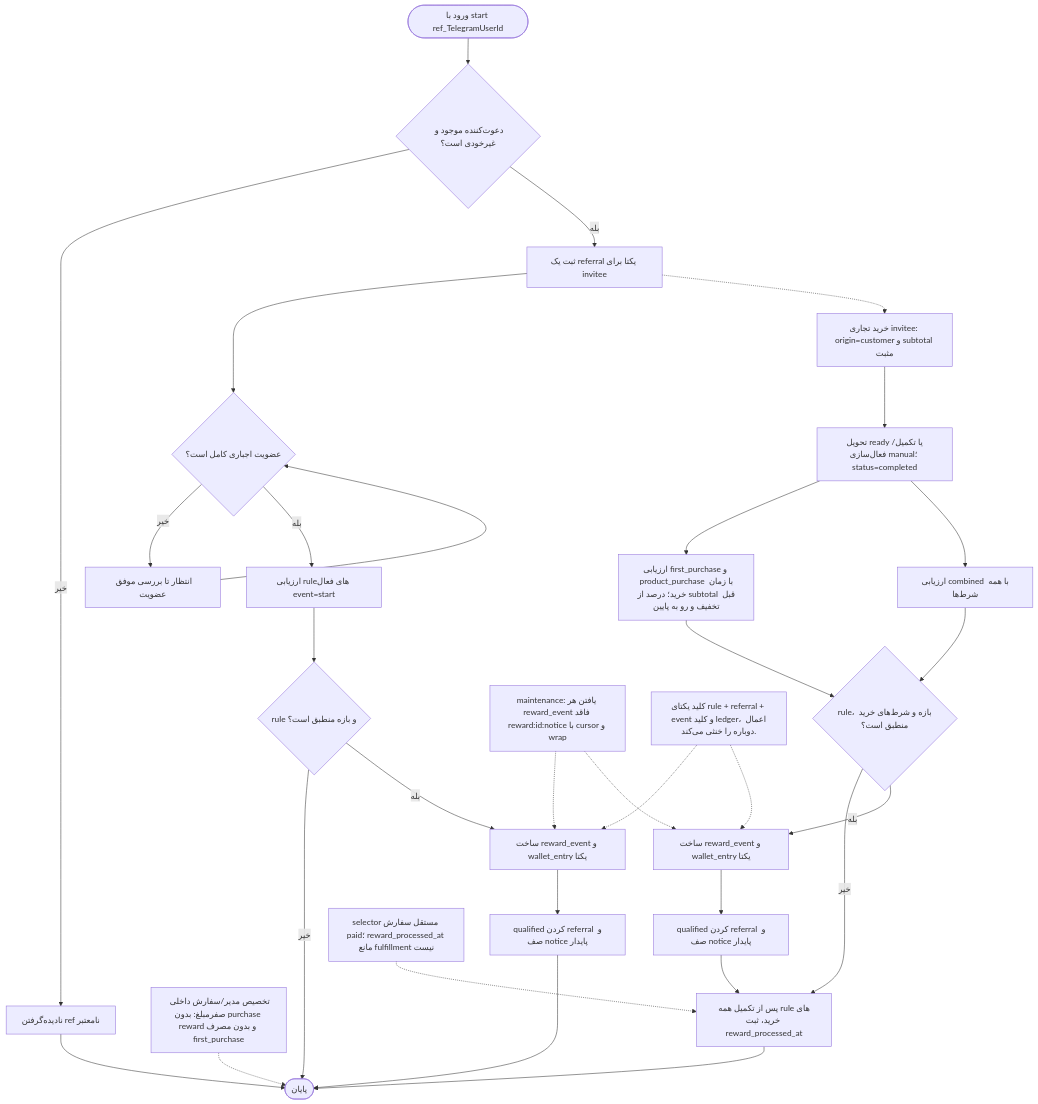
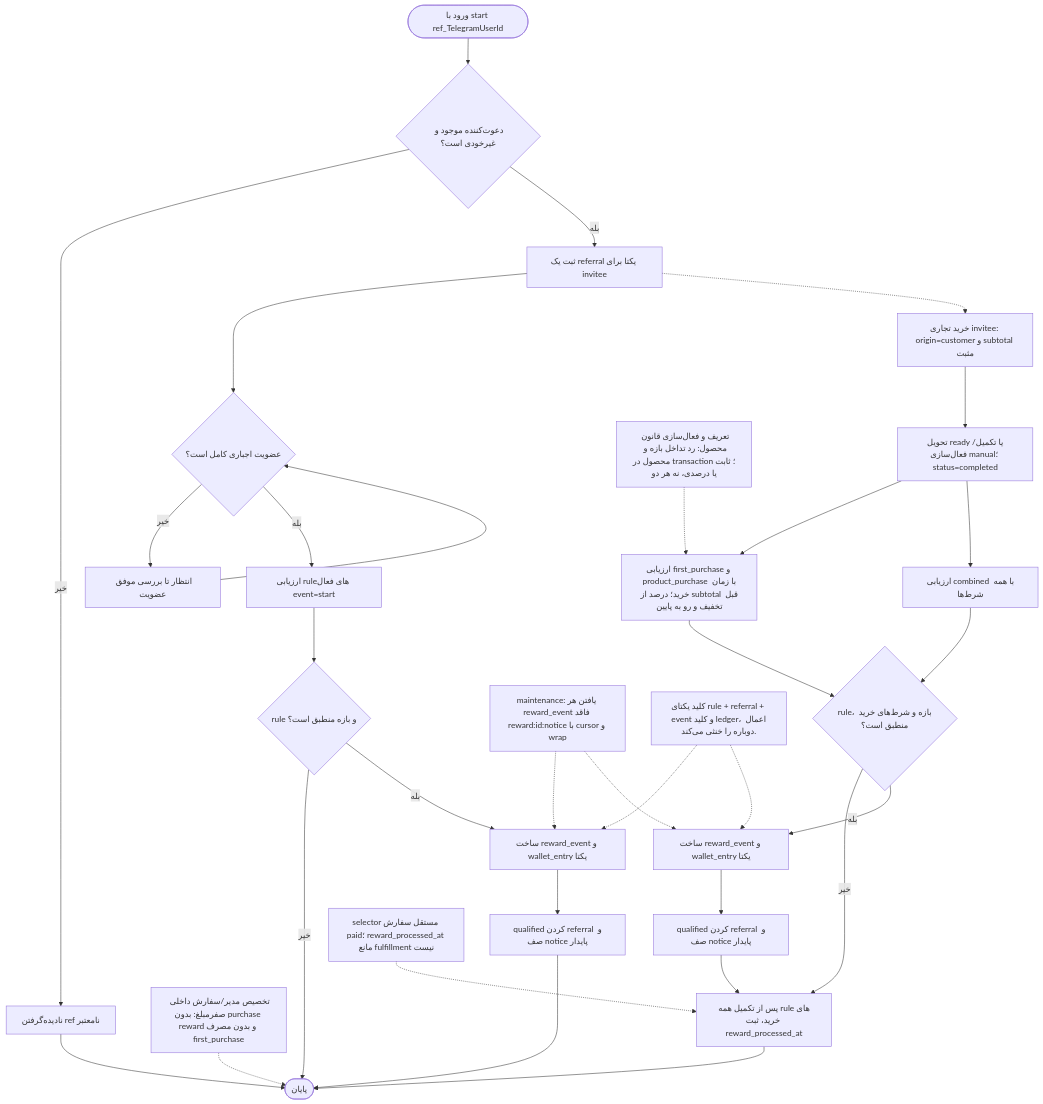
One commit to mohamadkheiry/aibotTelegram changed the diagram in docs/diagrams/12-activity-referral-reward.mmd. Above: the diagram before and after it, drawn with Mermaid. The commit also changed 14 other files, not shown here.

```diff
--- a/docs/diagrams/12-activity-referral-reward.mmd
+++ b/docs/diagrams/12-activity-referral-reward.mmd
@@ -1,47 +1,49 @@
 flowchart TD
     A(["ورود با start ref_TelegramUserId"])
     B{"دعوت‌کننده موجود و غیرخودی است؟"}
     C["نادیده‌گرفتن ref نامعتبر"]
     D["ثبت یک referral یکتا برای invitee"]
     E{"عضویت اجباری کامل است؟"}
     F["انتظار تا بررسی موفق عضویت"]
 
     G["ارزیابی ruleهای فعال event=start"]
     GS{"rule و بازه منطبق است؟"}
     GR["ساخت reward_event و wallet_entry یکتا"]
     GN["qualified کردن referral و صف notice پایدار"]
 
     H["خرید تجاری invitee: origin=customer و subtotal مثبت"]
     HX["تخصیص مدیر/سفارش داخلی صفرمبلغ: بدون purchase reward و بدون مصرف first_purchase"]
     HD["تحویل ready یا تکمیل/فعال‌سازی manual؛ status=completed"]
     I["ارزیابی first_purchase و product_purchase با زمان خرید؛ درصد از subtotal قبل تخفیف و رو به پایین"]
     J["ارزیابی combined با همه شرط‌ها"]
     K{"rule، بازه و شرط‌های خرید منطبق است؟"}
     L["ساخت reward_event و wallet_entry یکتا"]
     M["qualified کردن referral و صف notice پایدار"]
     P["پس از تکمیل همه ruleهای خرید، ثبت reward_processed_at"]
     R["maintenance: یافتن هر reward_event فاقد reward:id:notice با cursor و wrap"]
     S["selector مستقل سفارش paid؛ reward_processed_at مانع fulfillment نیست"]
     Q(["پایان"])
 
     A --> B
     B -->|"خیر"| C --> Q
     B -->|"بله"| D --> E
     E -->|"خیر"| F --> E
     E -->|"بله"| G --> GS
     GS -->|"خیر"| Q
     GS -->|"بله"| GR --> GN --> Q
 
     D -.-> H
     HX -.-> Q
     H --> HD --> I --> K
     HD --> J --> K
     K -->|"خیر"| P
     K -->|"بله"| L --> M --> P --> Q
 
     Exact["کلید یکتای rule + referral + event و کلید ledger، اعمال دوباره را خنثی می‌کند."]
     Exact -.-> GR
     Exact -.-> L
     R -.-> GR
     R -.-> L
     S -.-> P
+    Rules["تعریف و فعال‌سازی قانون محصول: رد تداخل بازه و محصول در transaction؛ ثابت یا درصدی، نه هر دو"]
+    Rules -.-> I
```
